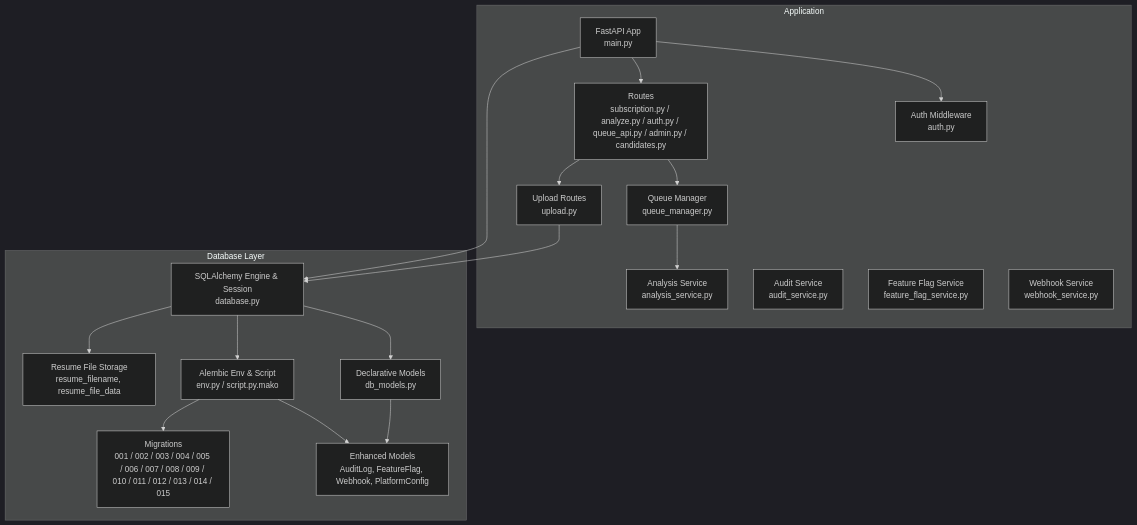
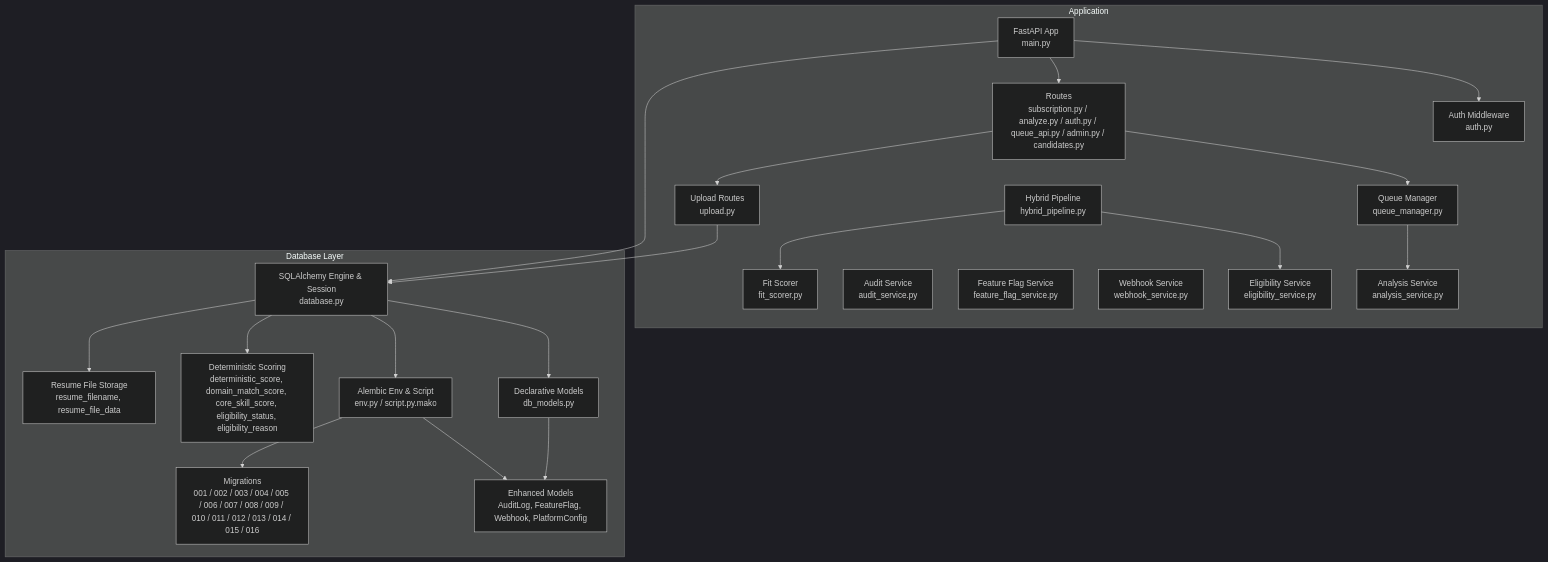
Before and after one commit to Revanththetalogics/aireume: the first of 12 diagrams in .qoder/repowiki/en/content/Database Design/Database Design.md, drawn with Mermaid (dark theme). The commit also changed other lines of this file and 21 other files, not shown here.

Commit message:
add domain-clustered skill taxonomy and two-pass validation to fix false positives; unlock tenant weight customization

````diff
--- a/.qoder/repowiki/en/content/Database Design/Database Design.md
+++ b/.qoder/repowiki/en/content/Database Design/Database Design.md
@@ -69,35 +74,42 @@
 ```mermaid
 graph TB
 subgraph "Application"
 A["FastAPI App<br/>main.py"]
 B["Auth Middleware<br/>auth.py"]
 C["Routes<br/>subscription.py / analyze.py / auth.py / queue_api.py / admin.py / candidates.py"]
 D["Queue Manager<br/>queue_manager.py"]
 E["Analysis Service<br/>analysis_service.py"]
 F["Audit Service<br/>audit_service.py"]
 G["Feature Flag Service<br/>feature_flag_service.py"]
 H["Webhook Service<br/>webhook_service.py"]
 I["Upload Routes<br/>upload.py"]
+J["Eligibility Service<br/>eligibility_service.py"]
+K["Fit Scorer<br/>fit_scorer.py"]
+L["Hybrid Pipeline<br/>hybrid_pipeline.py"]
 end
 subgraph "Database Layer"
-J["SQLAlchemy Engine & Session<br/>database.py"]
-K["Declarative Models<br/>db_models.py"]
-L["Alembic Env & Script<br/>env.py / script.py.mako"]
-M["Enhanced Models<br/>AuditLog, FeatureFlag, Webhook, PlatformConfig"]
-N["Migrations<br/>001 / 002 / 003 / 004 / 005 / 006 / 007 / 008 / 009 / 010 / 011 / 012 / 013 / 014 / 015"]
-O["Resume File Storage<br/>resume_filename, resume_file_data"]
+M["SQLAlchemy Engine & Session<br/>database.py"]
+N["Declarative Models<br/>db_models.py"]
+O["Alembic Env & Script<br/>env.py / script.py.mako"]
+P["Enhanced Models<br/>AuditLog, FeatureFlag, Webhook, PlatformConfig"]
+Q["Migrations<br/>001 / 002 / 003 / 004 / 005 / 006 / 007 / 008 / 009 / 010 / 011 / 012 / 013 / 014 / 015 / 016"]
+R["Deterministic Scoring<br/>deterministic_score, domain_match_score, core_skill_score, eligibility_status, eligibility_reason"]
+S["Resume File Storage<br/>resume_filename, resume_file_data"]
 end
 A --> B
 A --> C
 C --> D
 D --> E
 C --> I
-I --> J
-A --> J
-J --> K
-J --> L
-J --> O
-K --> M
-L --> M
-L --> N
+I --> M
+A --> M
+M --> N
+M --> O
+M --> R
+M --> S
+N --> P
+O --> P
+O --> Q
+L --> J
+L --> K
 ```
````
